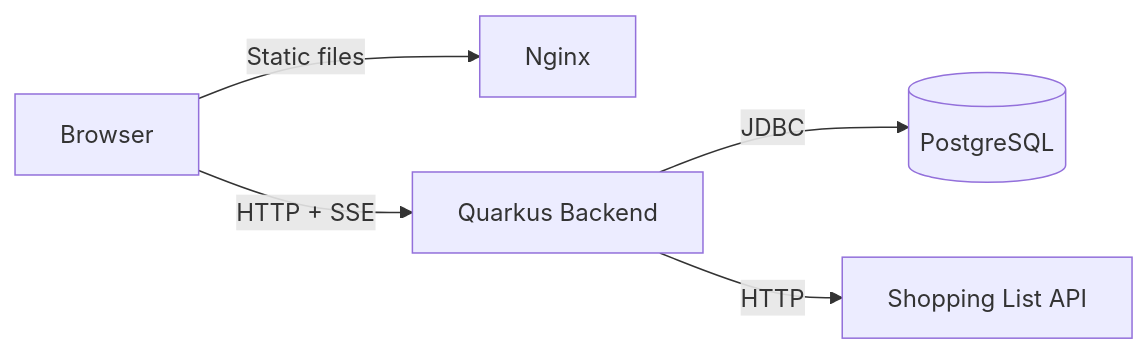
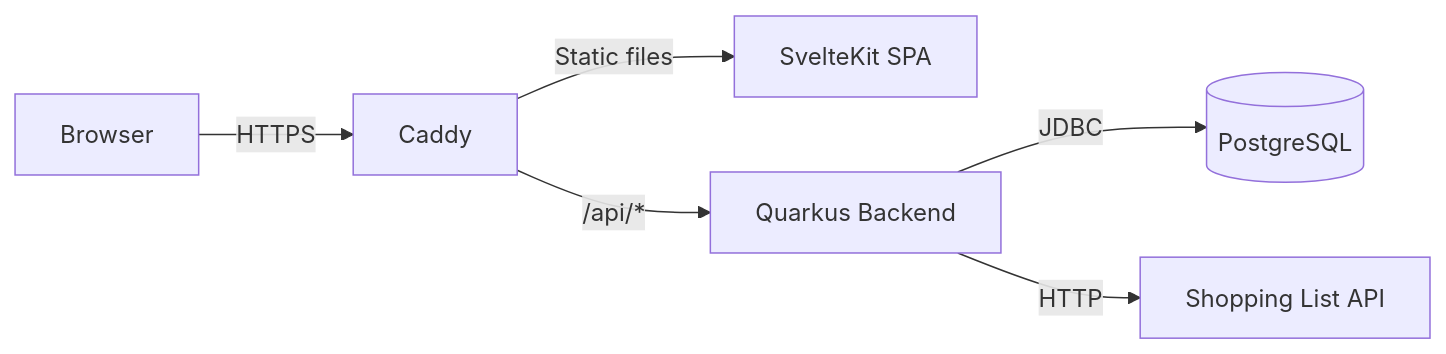
Before and after one commit to jprofessionals/event-planner: the diagram in docs/ARCHITECTURE.md, drawn with Mermaid. The commit also changed other lines of this file and 10 other files, not shown here.

````diff
--- a/docs/ARCHITECTURE.md
+++ b/docs/ARCHITECTURE.md
@@ -14,7 +14,8 @@
 ```mermaid
 graph LR
-    Browser -->|Static files| Nginx
-    Browser -->|HTTP + SSE| Backend[Quarkus Backend]
+    Browser -->|HTTPS| Caddy
+    Caddy -->|Static files| Frontend[SvelteKit SPA]
+    Caddy -->|/api/*| Backend[Quarkus Backend]
     Backend -->|JDBC| DB[(PostgreSQL)]
     Backend -->|HTTP| ShoppingListAPI[Shopping List API]
 ```
````
